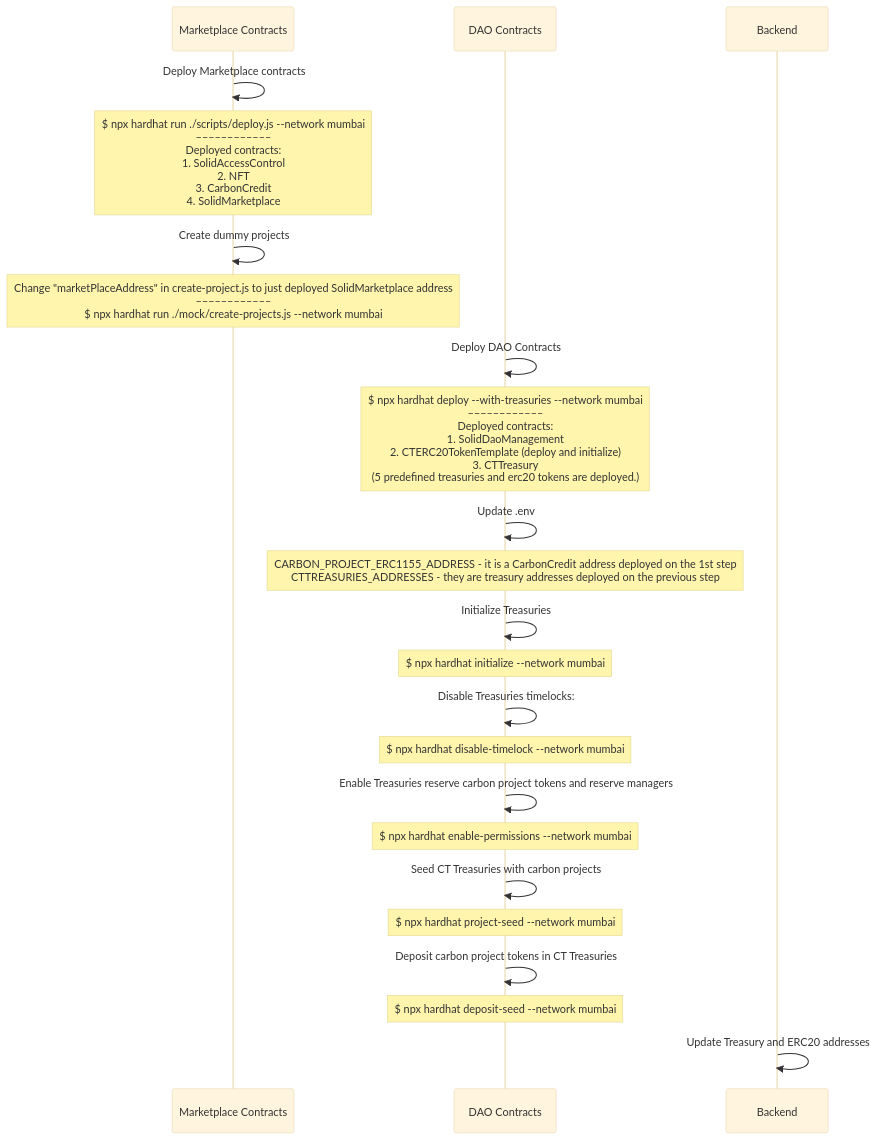
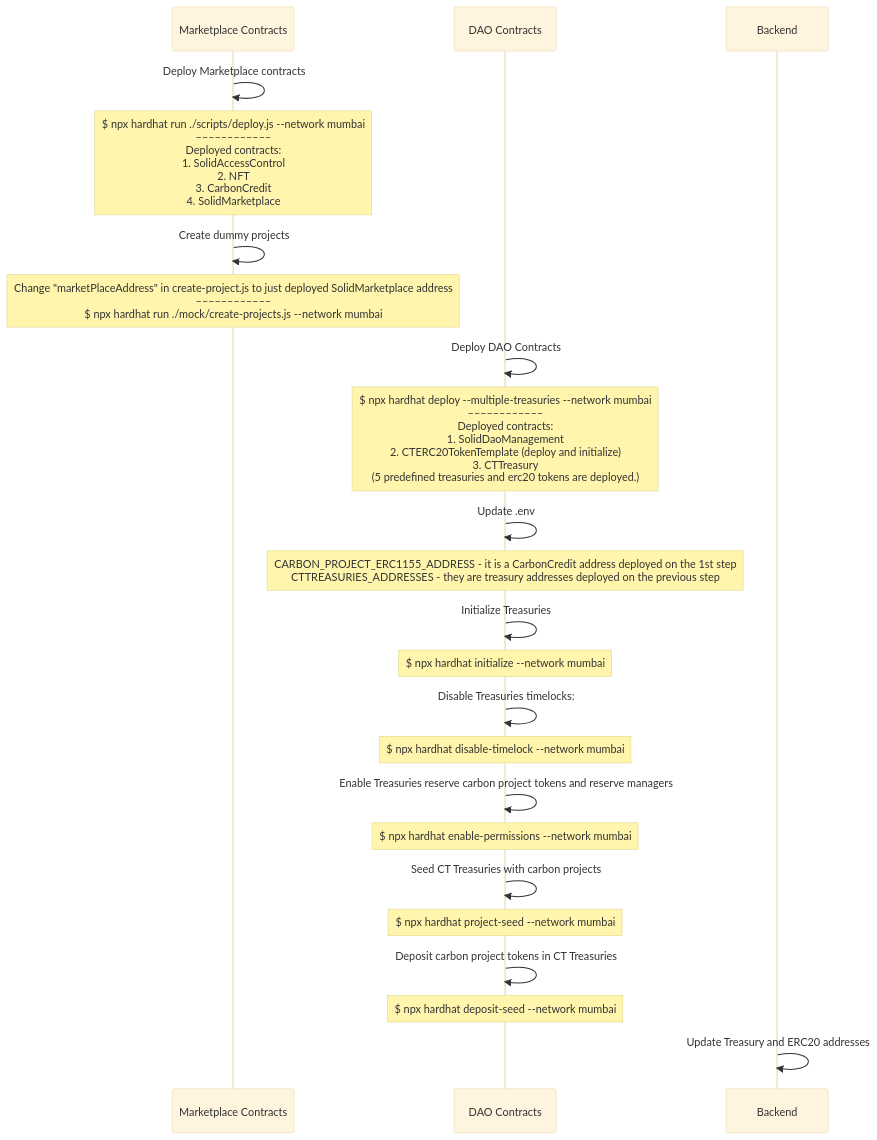
One commit to solid-world/solid-world-dao-contracts changed the diagram in docs/mumbai-deployment-flow.md. Above: the diagram before and after it, drawn with Mermaid (base theme). The commit also changed 1 other file, not shown here.

Commit message:
Deploy single treasury by the default

````diff
--- a/docs/mumbai-deployment-flow.md
+++ b/docs/mumbai-deployment-flow.md
@@ -1,25 +1,25 @@
 ```mermaid
 sequenceDiagram
     participant market as Marketplace Contracts
     participant dao as DAO Contracts
     participant Backend
     market->>market: Deploy Marketplace contracts
     Note over market: $ npx hardhat run ./scripts/deploy.js --network mumbai <br>––––––––––––<br>Deployed contracts: <br>1. SolidAccessControl <br>2. NFT <br>3. CarbonCredit <br>4. SolidMarketplace
     market->>market: Create dummy projects
     Note over market: Change "marketPlaceAddress" in create-project.js to just deployed SolidMarketplace address<br>––––––––––––<br>$ npx hardhat run ./mock/create-projects.js  --network mumbai
     dao->>dao: Deploy DAO Contracts
-    Note over dao: $ npx hardhat deploy --with-treasuries --network mumbai <br>––––––––––––<br>Deployed contracts: <br>1. SolidDaoManagement<br> 2. CTERC20TokenTemplate (deploy and initialize)<br> 3. CTTreasury<br> (5 predefined treasuries and erc20 tokens are deployed.)
+    Note over dao: $ npx hardhat deploy --multiple-treasuries --network mumbai <br>––––––––––––<br>Deployed contracts: <br>1. SolidDaoManagement<br> 2. CTERC20TokenTemplate (deploy and initialize)<br> 3. CTTreasury<br> (5 predefined treasuries and erc20 tokens are deployed.)
     dao->>dao: Update .env
     Note over dao: CARBON_PROJECT_ERC1155_ADDRESS - it is a CarbonCredit address deployed on the 1st step<br>CTTREASURIES_ADDRESSES - they are treasury addresses deployed on the previous step
     dao->>dao: Initialize Treasuries
     Note over dao: $ npx hardhat initialize --network mumbai
     dao->>dao: Disable Treasuries timelocks:
     Note over dao: $ npx hardhat disable-timelock --network mumbai
     dao->>dao: Enable Treasuries reserve carbon project tokens and reserve managers
     Note over dao: $ npx hardhat enable-permissions --network mumbai
     dao->>dao: Seed CT Treasuries with carbon projects
     Note over dao: $ npx hardhat project-seed --network mumbai
     dao->>dao: Deposit carbon project tokens in CT Treasuries
     Note over dao: $ npx hardhat deposit-seed --network mumbai
     Backend->>Backend: Update Treasury and ERC20 addresses
 ```
````
